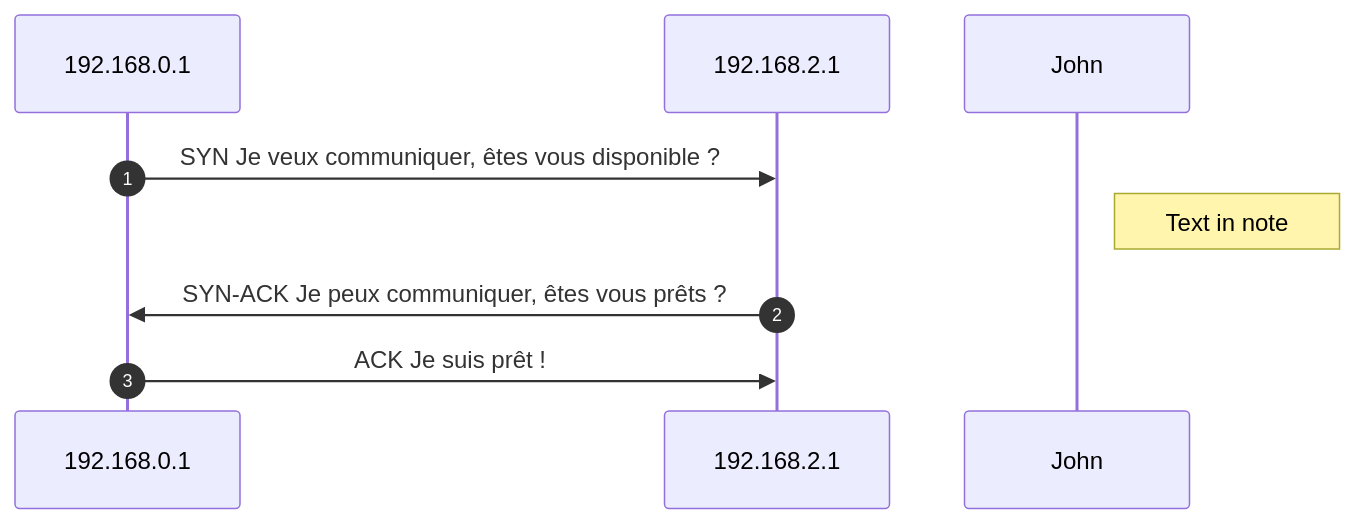
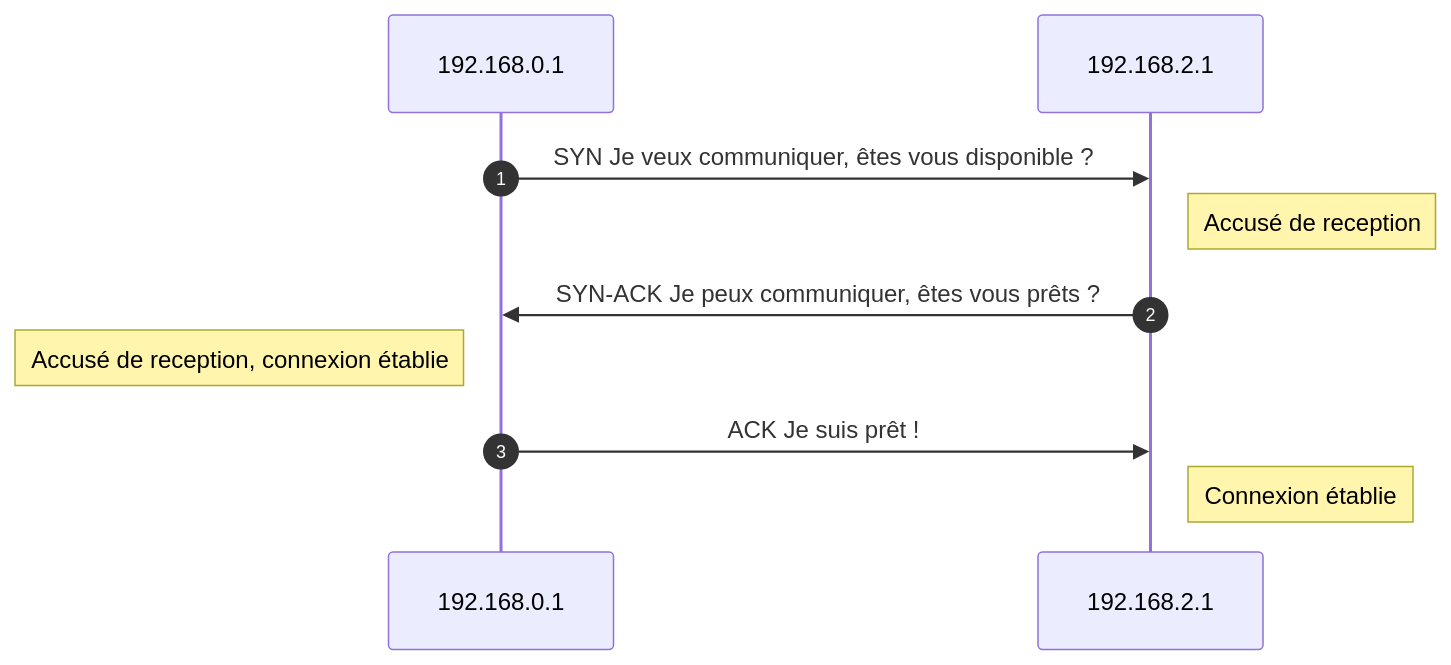
Before and after one commit to boddaert/nsi: the diagram in première/Principe_des_réseaux/Principe_des_réseaux.md, drawn with Mermaid.

````diff
--- a/première/Principe_des_réseaux/Principe_des_réseaux.md
+++ b/première/Principe_des_réseaux/Principe_des_réseaux.md
@@ -285,8 +285,10 @@
 ```mermaid
 sequenceDiagram
     autonumber
     192.168.0.1->>192.168.2.1: SYN Je veux communiquer, êtes vous disponible ?
-    Note right of John: Text in note
+    Note right of 192.168.2.1: Accusé de reception
     192.168.2.1->>192.168.0.1: SYN-ACK Je peux communiquer, êtes vous prêts ?
+    Note left of 192.168.0.1: Accusé de reception, connexion établie
     192.168.0.1->>192.168.2.1: ACK Je suis prêt !
+    Note right of 192.168.2.1: Connexion établie
 ```
````
